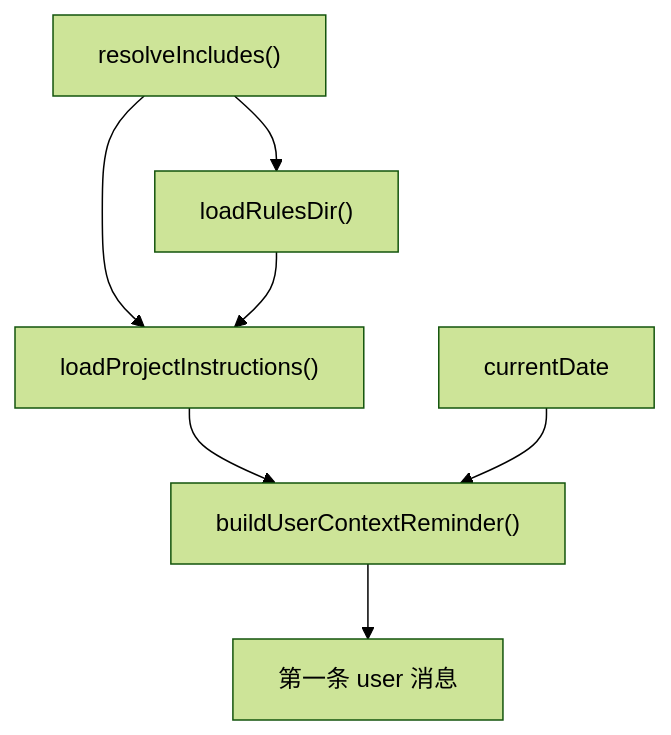
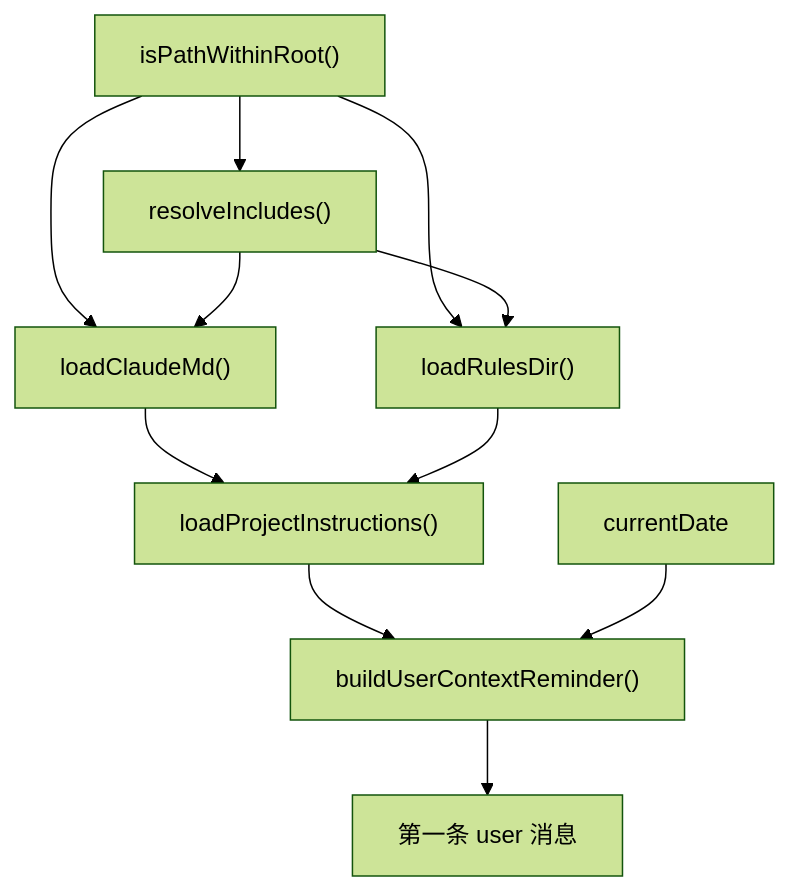
The second of 2 diagrams in docs/notes/0.3 System Prompt工程.md (wenxuezj-design/mo-code), drawn with Mermaid (forest theme) before and after one commit. The commit also changed other lines of this file and 2 other files, not shown here.

````diff
--- a/docs/notes/0.3 System Prompt工程.md
+++ b/docs/notes/0.3 System Prompt工程.md
@@ -369,10 +369,14 @@
 ```mermaid
 flowchart TD
-  INCLUDES["resolveIncludes()"] --> PROJECT["loadProjectInstructions()"]
-  INCLUDES --> RULES["loadRulesDir()"]
+  PATHS["isPathWithinRoot()"] --> INCLUDES["resolveIncludes()"]
+  PATHS --> CLAUDE["loadClaudeMd()"]
+  PATHS --> RULES["loadRulesDir()"]
+  INCLUDES --> CLAUDE
+  INCLUDES --> RULES
+  CLAUDE --> PROJECT["loadProjectInstructions()"]
   RULES --> PROJECT
 
   PROJECT --> REMINDER["buildUserContextReminder()"]
   DATE["currentDate"] --> REMINDER
   REMINDER --> FIRST_USER["第一条 user 消息"]
 ```
````
